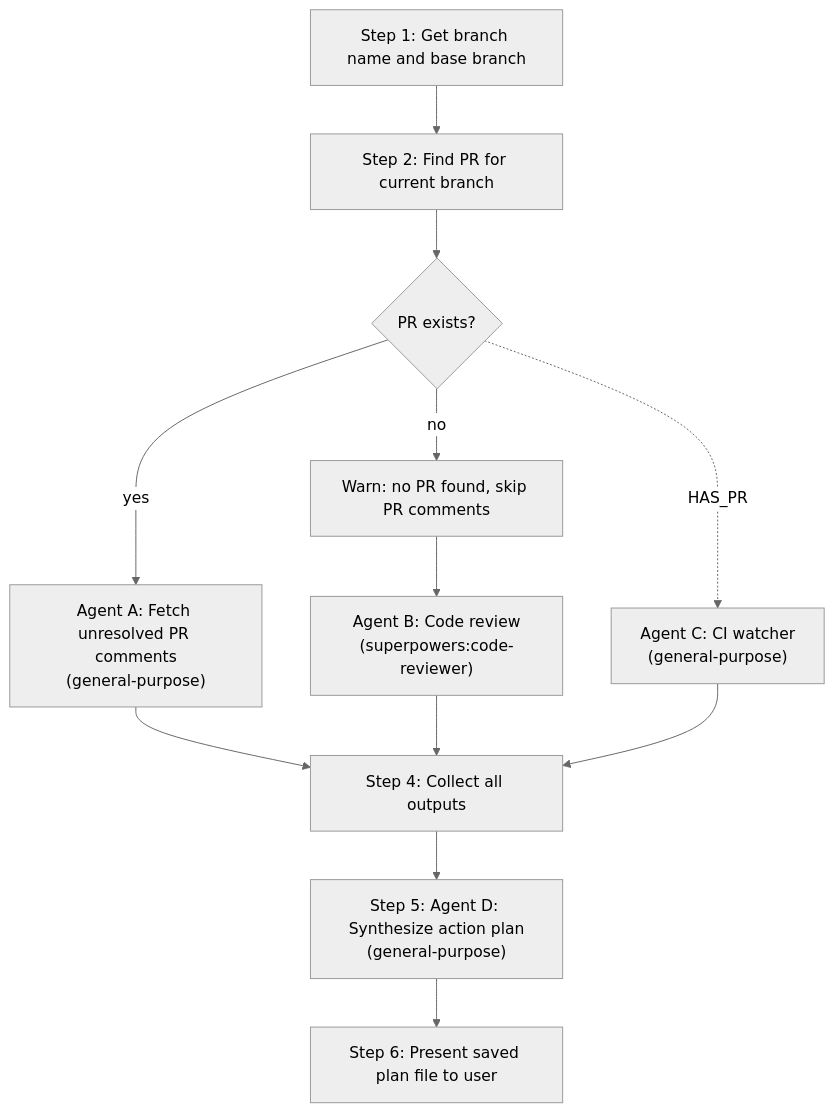
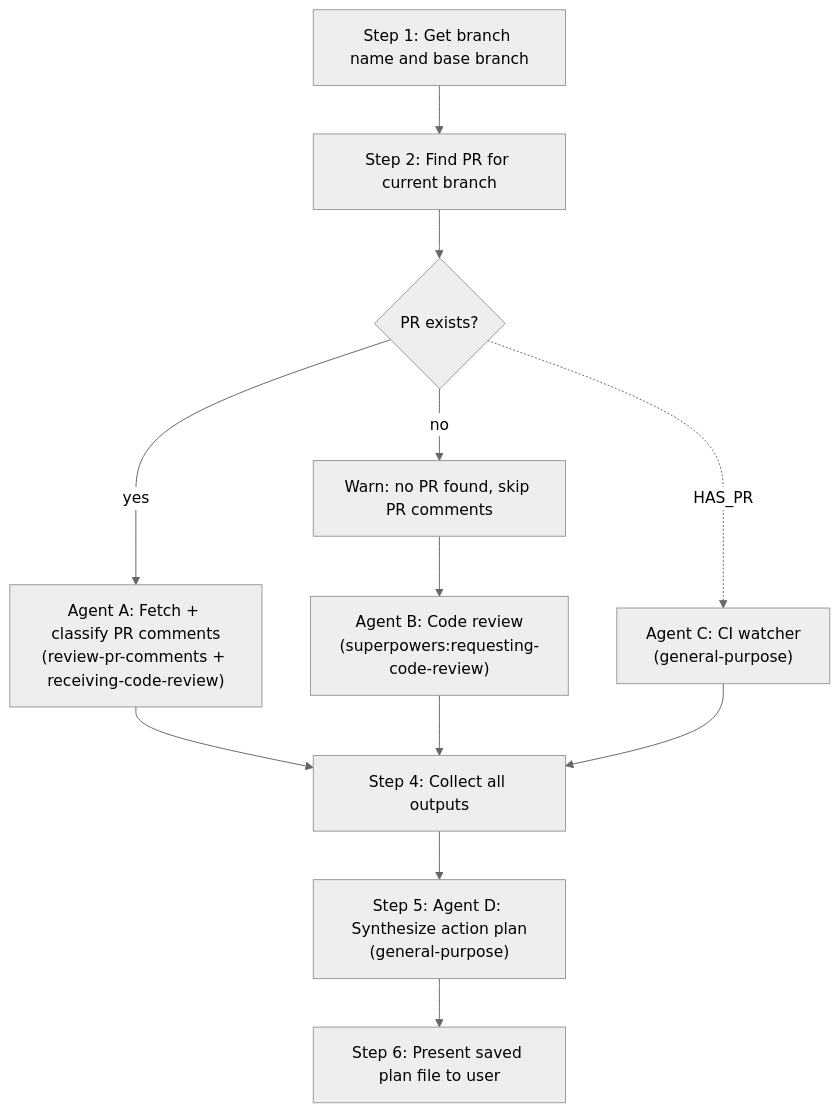
One commit to haldunanil/agent-skills changed the diagram in skills/comprehensive-review/SKILL.md. Above: the diagram before and after it, drawn with Mermaid (neutral theme). The commit also changed other lines of this file and 1 other file, not shown here.

First line of the commit message:
skill: repair comprehensive-review subagent dispatch and delegate to upstream

````diff
--- a/skills/comprehensive-review/SKILL.md
+++ b/skills/comprehensive-review/SKILL.md
@@ -23,14 +23,14 @@
 ```mermaid
 flowchart TB
     S1["Step 1: Get branch name and base branch"] --> S2["Step 2: Find PR for current branch"]
     S2 --> D{"PR exists?"}
-    D -- yes --> A["Agent A: Fetch unresolved PR comments\n(general-purpose)"]
+    D -- yes --> A["Agent A: Fetch + classify PR comments\n(review-pr-comments + receiving-code-review)"]
     D -- no --> W["Warn: no PR found, skip PR comments"]
     D -.->|HAS_PR| C["Agent C: CI watcher\n(general-purpose)"]
-    W --> B["Agent B: Code review\n(superpowers:code-reviewer)"]
+    W --> B["Agent B: Code review\n(superpowers:requesting-code-review)"]
     A --> S4["Step 4: Collect all outputs"]
     B --> S4
     C --> S4
     S4 --> S5["Step 5: Agent D: Synthesize action plan\n(general-purpose)"]
     S5 --> S6["Step 6: Present saved plan file to user"]
 ```
````
